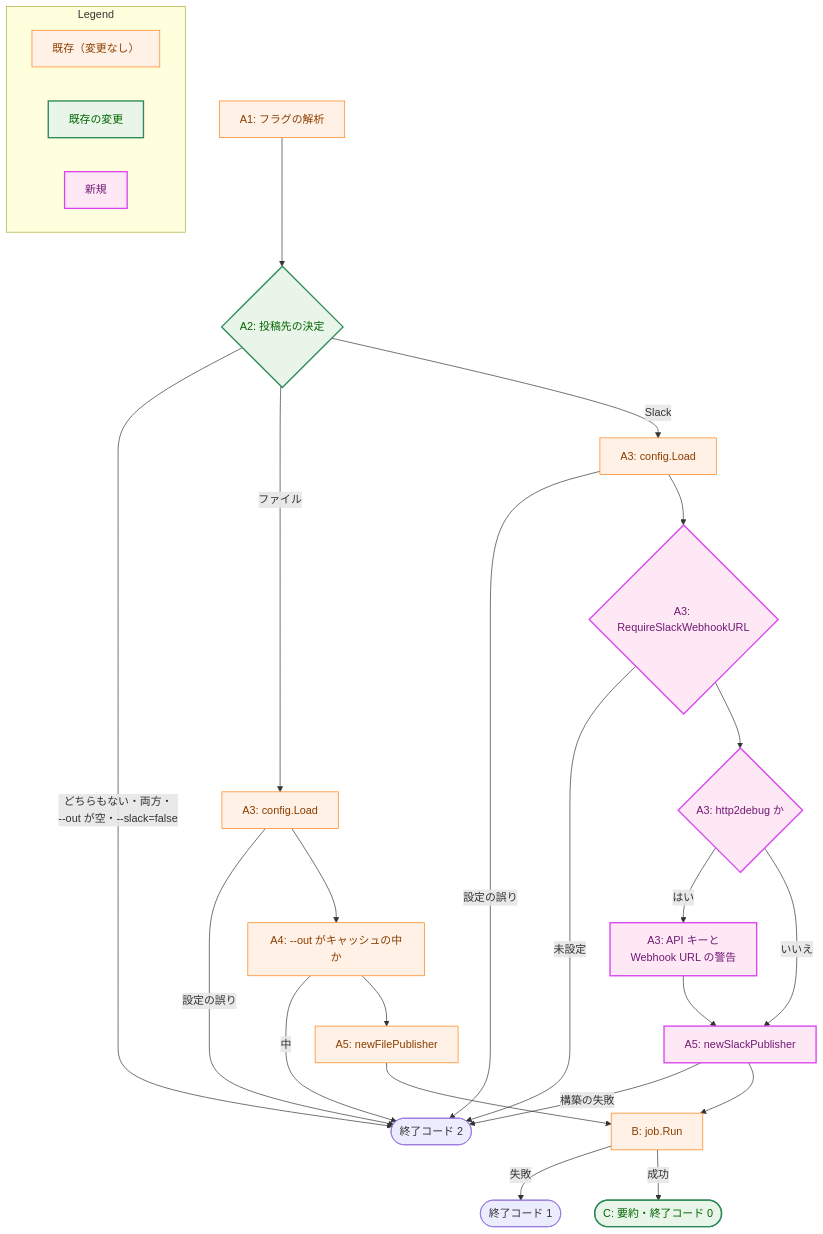
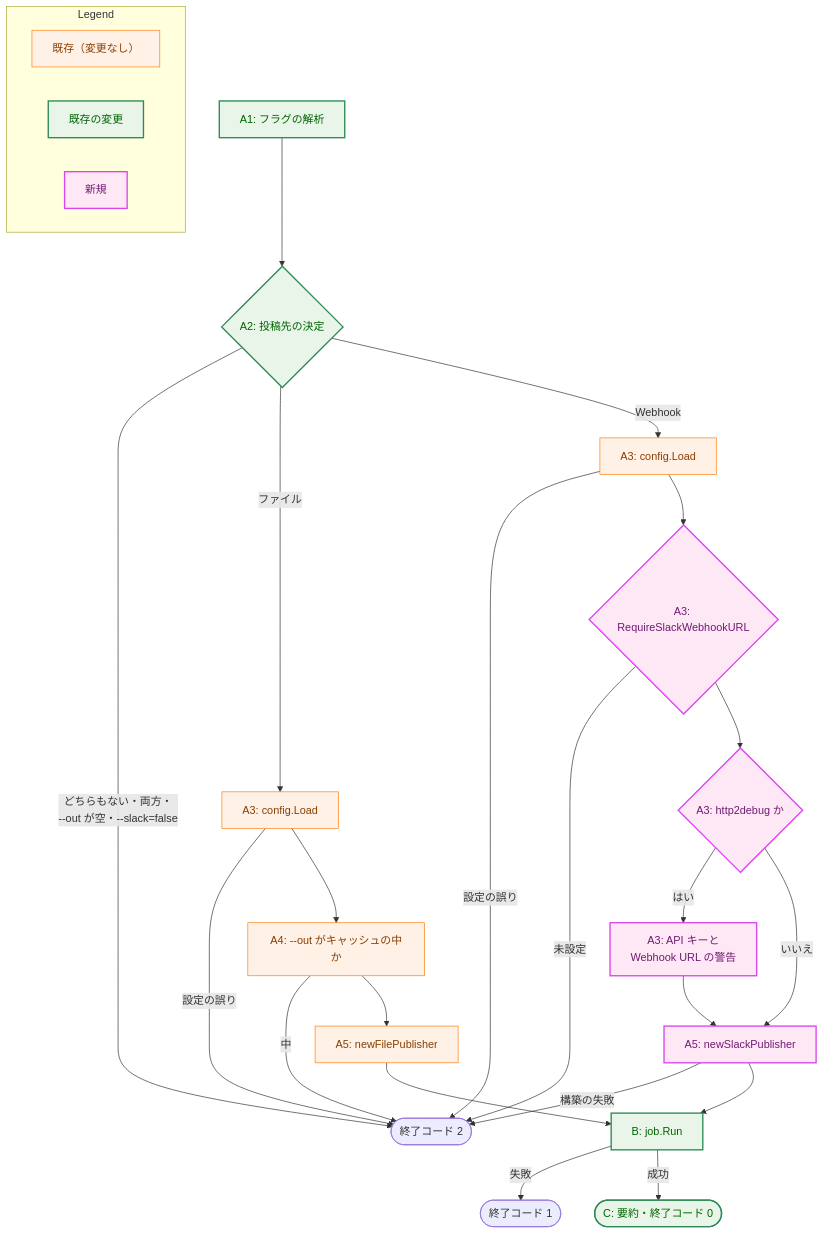
The seventh of 7 diagrams in docs/tasks/0006_slack_webhook_publisher/02_architecture.md (isseis/yt2column), drawn with Mermaid before and after one commit. The commit also changed other lines of this file, not shown here.

First line of the commit message:
docs(0006): rewrite the architecture for the Slack-compatible webhook

````diff
--- a/docs/tasks/0006_slack_webhook_publisher/02_architecture.md
+++ b/docs/tasks/0006_slack_webhook_publisher/02_architecture.md
@@ -904,40 +940,40 @@
 ```mermaid
 flowchart TD
     classDef process fill:#fff1e6,stroke:#ff7f0e,stroke-width:1px,color:#8a3e00;
     classDef enhanced fill:#e8f5e8,stroke:#2e8b57,stroke-width:2px,color:#006400;
     classDef newpkg fill:#ffe8f5,stroke:#d946ef,stroke-width:2px,color:#701a75;
 
     A1["A1: フラグの解析"] --> A2{"A2: 投稿先の決定"}
     A2 -->|"どちらもない・両方・<br>--out が空・--slack=false"| E2(["終了コード 2"])
     A2 -->|"ファイル"| A3F["A3: config.Load"]
-    A2 -->|"Slack"| A3S["A3: config.Load"]
+    A2 -->|"Webhook"| A3S["A3: config.Load"]
     A3F -->|"設定の誤り"| E2
     A3S -->|"設定の誤り"| E2
     A3S --> RQ{"A3: RequireSlackWebhookURL"}
     RQ -->|"未設定"| E2
     RQ --> W{"A3: http2debug か"}
     W -->|"はい"| WW["A3: API キーと<br>Webhook URL の警告"]
     W -->|"いいえ"| A5S
     WW --> A5S["A5: newSlackPublisher"]
     A5S -->|"構築の失敗"| E2
     A3F --> A4["A4: --out がキャッシュの中か"]
     A4 -->|"中"| E2
     A4 --> A5F["A5: newFilePublisher"]
     A5F --> B["B: job.Run"]
     A5S --> B
     B -->|"失敗"| E1(["終了コード 1"])
     B -->|"成功"| C(["C: 要約・終了コード 0"])
 
-    class A1,A3F,A4,A5F,B,A3S process
-    class A2,C enhanced
+    class A3F,A4,A5F,A3S process
+    class A1,A2,B,C enhanced
     class RQ,W,WW,A5S newpkg
 
     subgraph Legend["Legend"]
         L2["既存（変更なし）"]
         L3["既存の変更"]
         L4["新規"]
     end
     class L2 process
     class L3 enhanced
     class L4 newpkg
 ```
````
